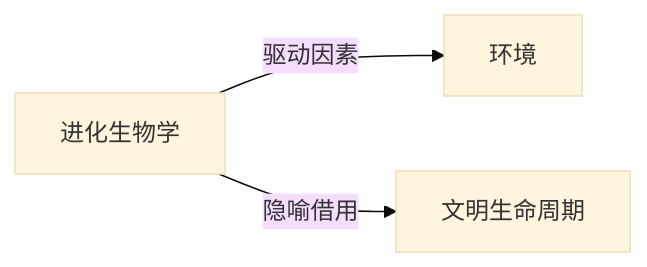
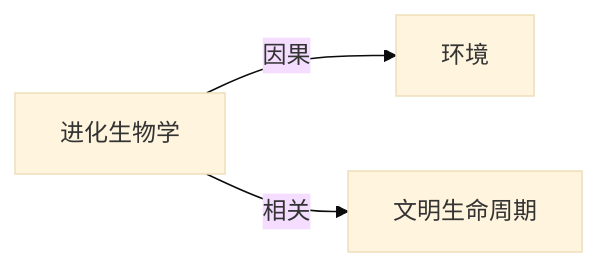
One commit to KIMMCHOW/MyKnowledge changed the diagram in Knowledge/Concepts/生物学/进化生物学.md. Above: the diagram before and after it, drawn with Mermaid (base theme). The commit also changed 95 other files, not shown here.

Commit message:
reorganize: 统一关系图边标签为11类

````diff
--- a/Knowledge/Concepts/生物学/进化生物学.md
+++ b/Knowledge/Concepts/生物学/进化生物学.md
@@ -42,5 +42,5 @@
 ```mermaid
 graph LR
-进化生物学 -->|驱动因素| 环境
-进化生物学 -->|隐喻借用| 文明生命周期
+进化生物学 -->|因果| 环境
+进化生物学 -->|相关| 文明生命周期
 ```
````
